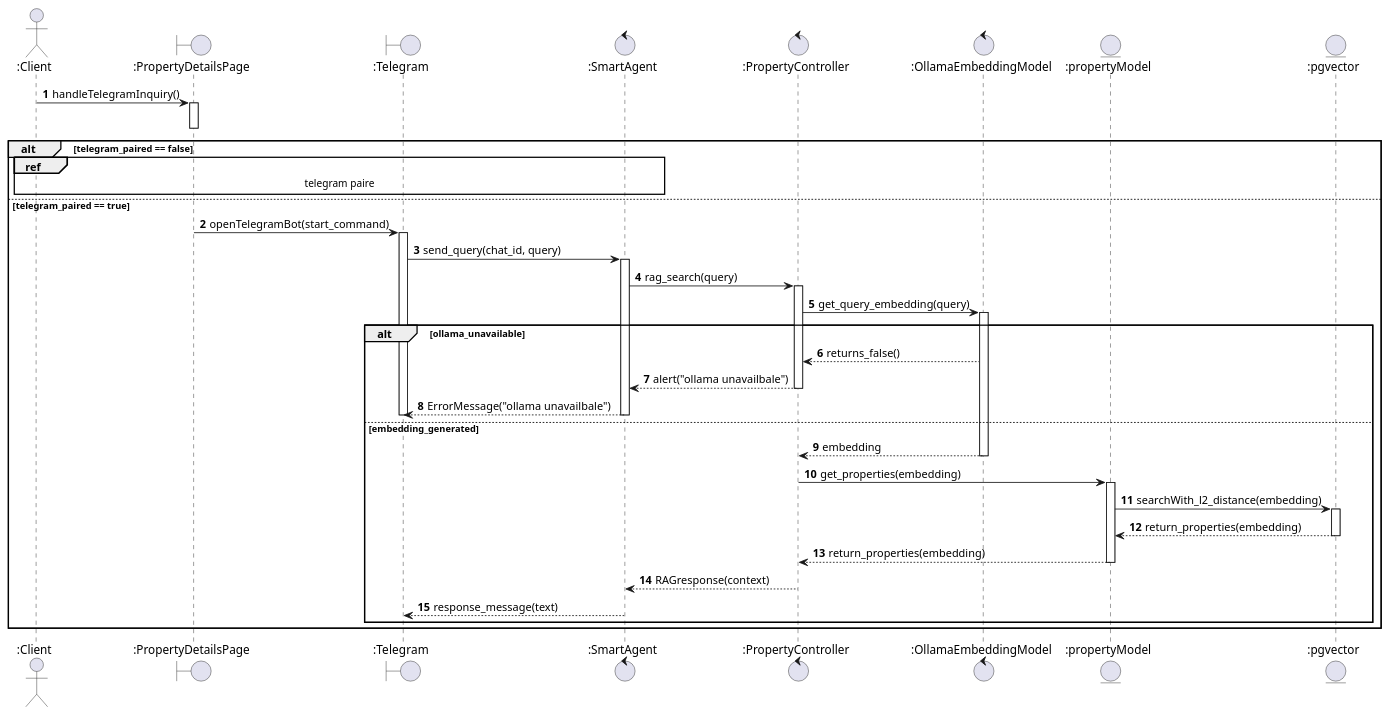
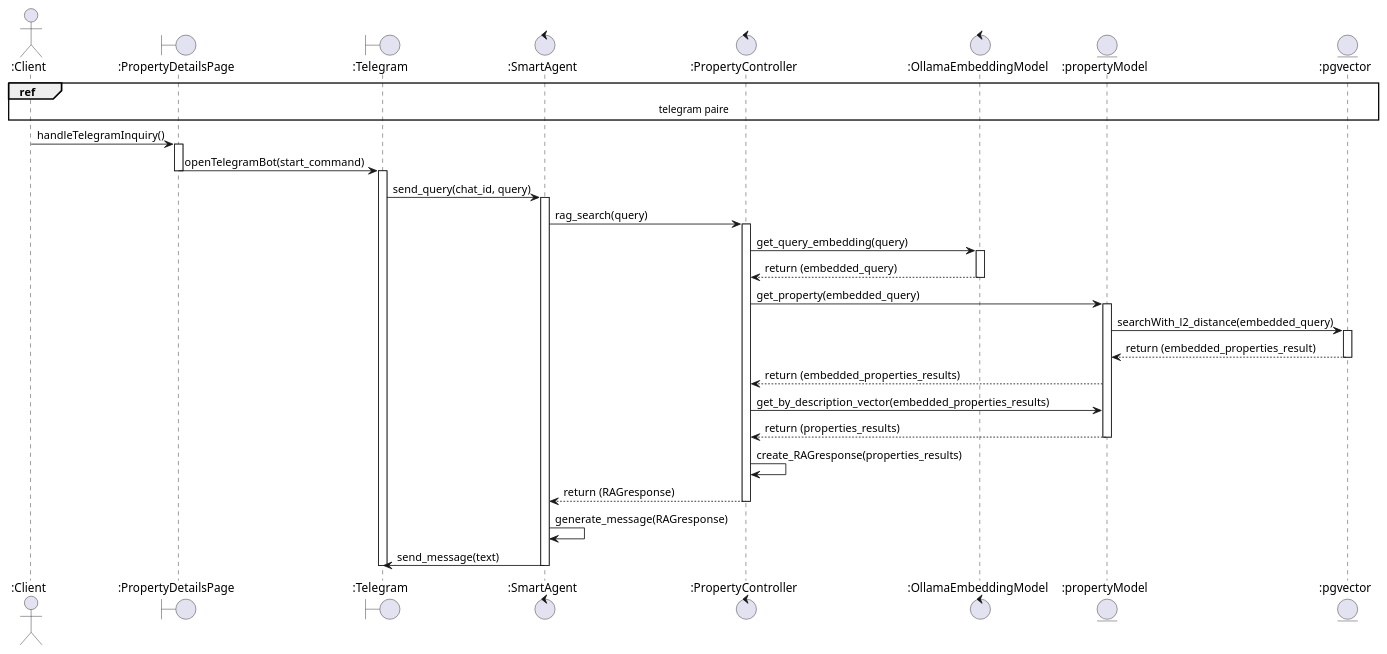
The diagram in docs/sequence_diagram_ask_property.puml (israhadjhassine/Graduation-Project-real-estate-automation), drawn with PlantUML before and after one commit. The commit also changed 100 other files, not shown here.

```diff
--- a/docs/sequence_diagram_ask_property.puml
+++ b/docs/sequence_diagram_ask_property.puml
@@ -1,65 +1,60 @@
 @startuml
-autonumber
 
 actor ":Client" as Client
 boundary ":PropertyDetailsPage" as PropertyDetailsPage
 boundary ":Telegram" as Telegram
 control ":SmartAgent" as SmartAgent
 control ":PropertyController" as PropertyController
-control ":OllamaEmbeddingModel" as OllamaEmbeddingModel
+control ":OllamaEmbeddingModel" as OllamaEmbeddingModel 
 entity ":propertyModel" as propertyModel
 entity ":pgvector" as pgvector
 
+
+ref over Client, PropertyDetailsPage, SmartAgent,PropertyController,OllamaEmbeddingModel,propertyModel,pgvector : 	 telegram paire
 Client -> PropertyDetailsPage : handleTelegramInquiry()
 activate PropertyDetailsPage
 
-alt telegram_paired == false
-    ref over Client, PropertyDetailsPage, SmartAgent : 	 telegram paire
-    deactivate PropertyDetailsPage
-else telegram_paired == true
-    PropertyDetailsPage -> Telegram : openTelegramBot(start_command)
-    deactivate PropertyDetailsPage
+
+PropertyDetailsPage -> Telegram : openTelegramBot(start_command)
+deactivate PropertyDetailsPage
+
+activate Telegram
     
-    activate Telegram
+Telegram -> SmartAgent : send_query(chat_id, query)
+activate SmartAgent
     
-    Telegram -> SmartAgent : send_query(chat_id, query)
-    activate SmartAgent
+SmartAgent -> PropertyController : rag_search(query)
+activate PropertyController
     
-    SmartAgent -> PropertyController : rag_search(query)
-    activate PropertyController
+PropertyController -> OllamaEmbeddingModel : get_query_embedding(query)
+activate OllamaEmbeddingModel
     
-    PropertyController -> OllamaEmbeddingModel : get_query_embedding(query)
-    activate OllamaEmbeddingModel
+       
+OllamaEmbeddingModel --> PropertyController : return (embedded_query)
+deactivate OllamaEmbeddingModel
+        
+PropertyController -> propertyModel : get_property(embedded_query)
+activate propertyModel
+        
+propertyModel -> pgvector : searchWith_l2_distance(embedded_query)
+activate pgvector
+pgvector --> propertyModel : return (embedded_properties_result)
+deactivate pgvector
+        
+propertyModel --> PropertyController : return (embedded_properties_results)
+
+
+PropertyController -> propertyModel : get_by_description_vector(embedded_properties_results)
+propertyModel --> PropertyController :  return (properties_results)
+deactivate propertyModel
+PropertyController -> PropertyController : create_RAGresponse(properties_results)  
+PropertyController --> SmartAgent : return (RAGresponse)
+deactivate PropertyController
+        
+SmartAgent -> SmartAgent : generate_message(RAGresponse)
+SmartAgent -> Telegram : send_message(text)
+deactivate SmartAgent
+deactivate Telegram
     
-    alt ollama_unavailable
-        OllamaEmbeddingModel --> PropertyController : returns_false()
-        
-        PropertyController --> SmartAgent : alert("ollama unavailbale")
-        deactivate PropertyController
-        SmartAgent --> Telegram : ErrorMessage("ollama unavailbale")
-        deactivate SmartAgent
-        deactivate Telegram
-    else embedding_generated
-        OllamaEmbeddingModel --> PropertyController : embedding
-        deactivate OllamaEmbeddingModel
-        
-        PropertyController -> propertyModel : get_properties(embedding)
-        activate propertyModel
-        
-        propertyModel -> pgvector : searchWith_l2_distance(embedding)
-        activate pgvector
-        pgvector --> propertyModel : return_properties(embedding)
-        deactivate pgvector
-        
-        propertyModel --> PropertyController : return_properties(embedding)
-        deactivate propertyModel
-        
-        PropertyController --> SmartAgent : RAGresponse(context)
-        deactivate PropertyController
-        
-        SmartAgent --> Telegram : response_message(text)
-        deactivate SmartAgent
-        deactivate Telegram
-    end
-end
+
 @enduml
```
